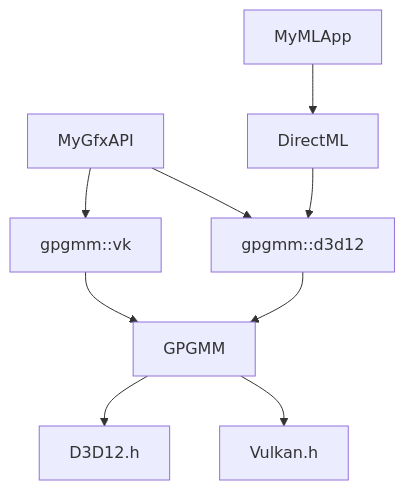
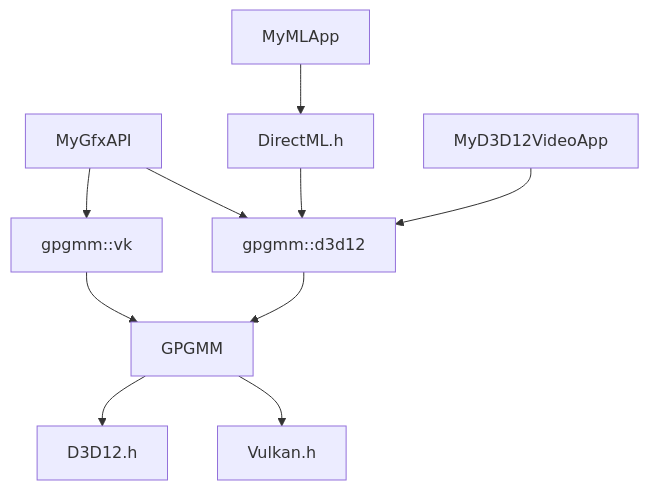
One commit to intel/GPGMM changed the diagram in README.md. Above: the diagram before and after it, drawn with Mermaid. The commit also changed other lines of this file, not shown here.

````diff
--- a/README.md
+++ b/README.md
@@ -16,11 +16,12 @@
 ```mermaid
 graph TD;
     MyGfxAPI-->gpgmm::vk
     MyGfxAPI-->gpgmm::d3d12
-    MyMLApp-->DirectML
-    DirectML-->gpgmm::d3d12
+    MyMLApp-->DirectML.h
+    MyD3D12VideoApp-->gpgmm::d3d12
+    DirectML.h-->gpgmm::d3d12
     gpgmm::d3d12-->GPGMM
     gpgmm::vk-->GPGMM
     GPGMM-->D3D12.h
     GPGMM-->Vulkan.h
 ```
````
